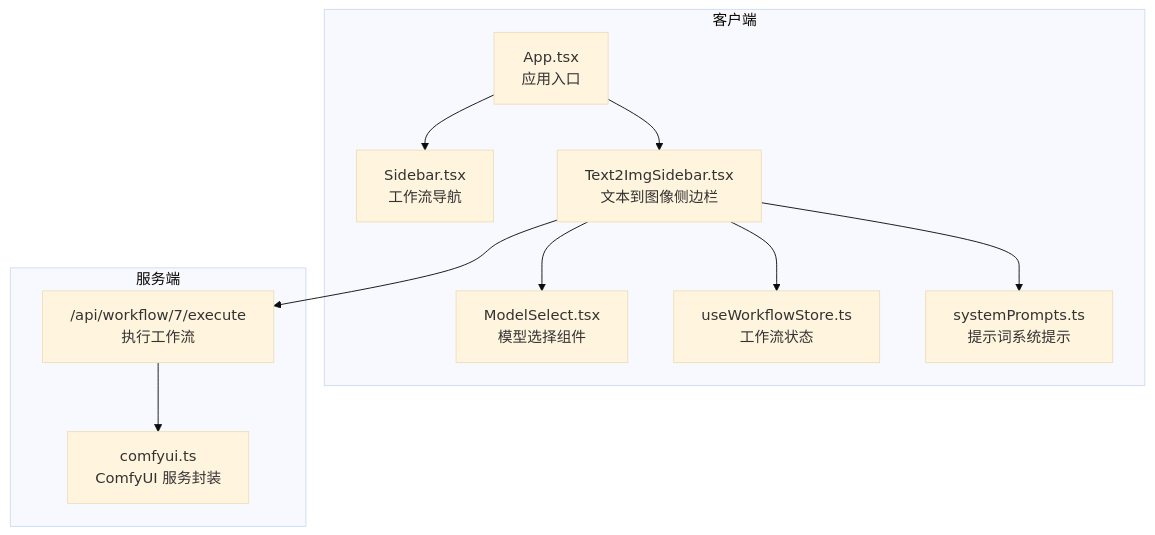
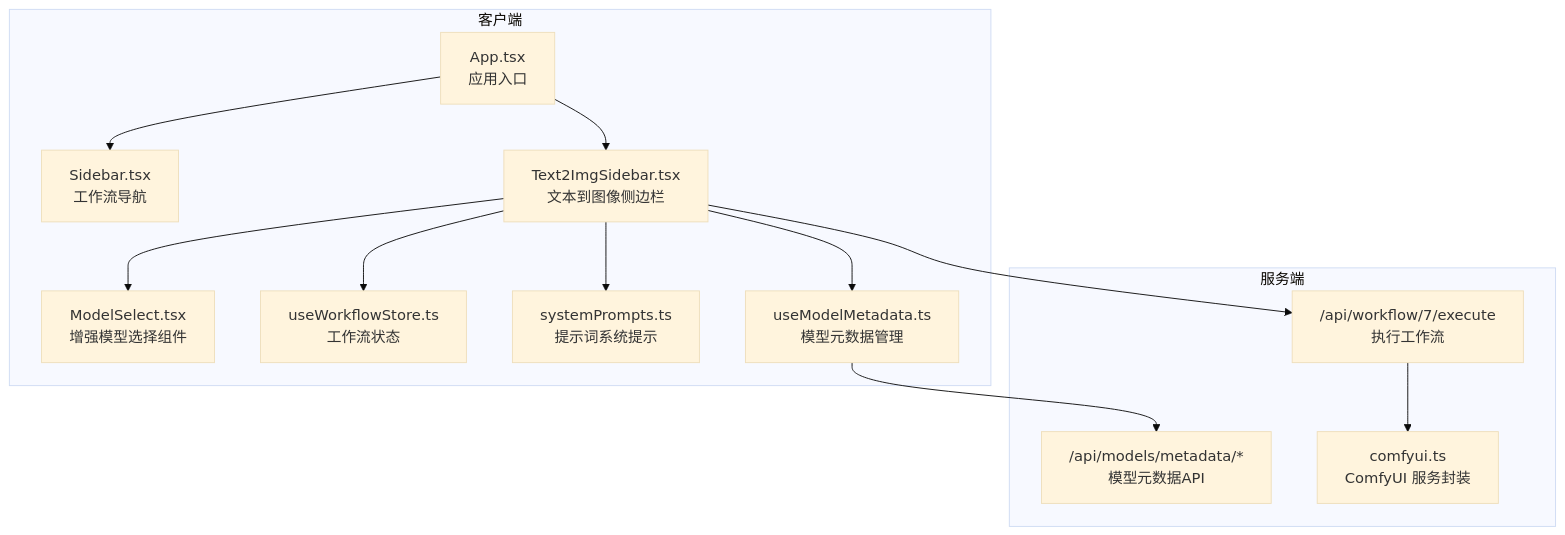
Before and after one commit to billye220670/CorineKit_Pix2Real: the first of 4 diagrams in .qoder/repowiki/zh/content/用户界面组件/控制面板组件/文本到图像侧边栏.md, drawn with Mermaid (base theme). The commit also changed other lines of this file and 11 other files, not shown here.

````diff
--- a/.qoder/repowiki/zh/content/用户界面组件/控制面板组件/文本到图像侧边栏.md
+++ b/.qoder/repowiki/zh/content/用户界面组件/控制面板组件/文本到图像侧边栏.md
@@ -50,22 +58,26 @@
 ```mermaid
 graph TB
 subgraph "客户端"
 APP["App.tsx<br/>应用入口"]
 SIDEBAR["Sidebar.tsx<br/>工作流导航"]
 T2I["Text2ImgSidebar.tsx<br/>文本到图像侧边栏"]
-MODELSELECT["ModelSelect.tsx<br/>模型选择组件"]
+MODELSELECT["ModelSelect.tsx<br/>增强模型选择组件"]
 STORE["useWorkflowStore.ts<br/>工作流状态"]
 PROMPT["systemPrompts.ts<br/>提示词系统提示"]
+METADATA["useModelMetadata.ts<br/>模型元数据管理"]
 end
 subgraph "服务端"
 API["/api/workflow/7/execute<br/>执行工作流"]
+CATEGORIES["/api/models/metadata/*<br/>模型元数据API"]
 CUISVC["comfyui.ts<br/>ComfyUI 服务封装"]
 end
 APP --> SIDEBAR
 APP --> T2I
 T2I --> MODELSELECT
 T2I --> STORE
 T2I --> PROMPT
+T2I --> METADATA
 T2I --> API
 API --> CUISVC
+METADATA --> CATEGORIES
 ```
````
